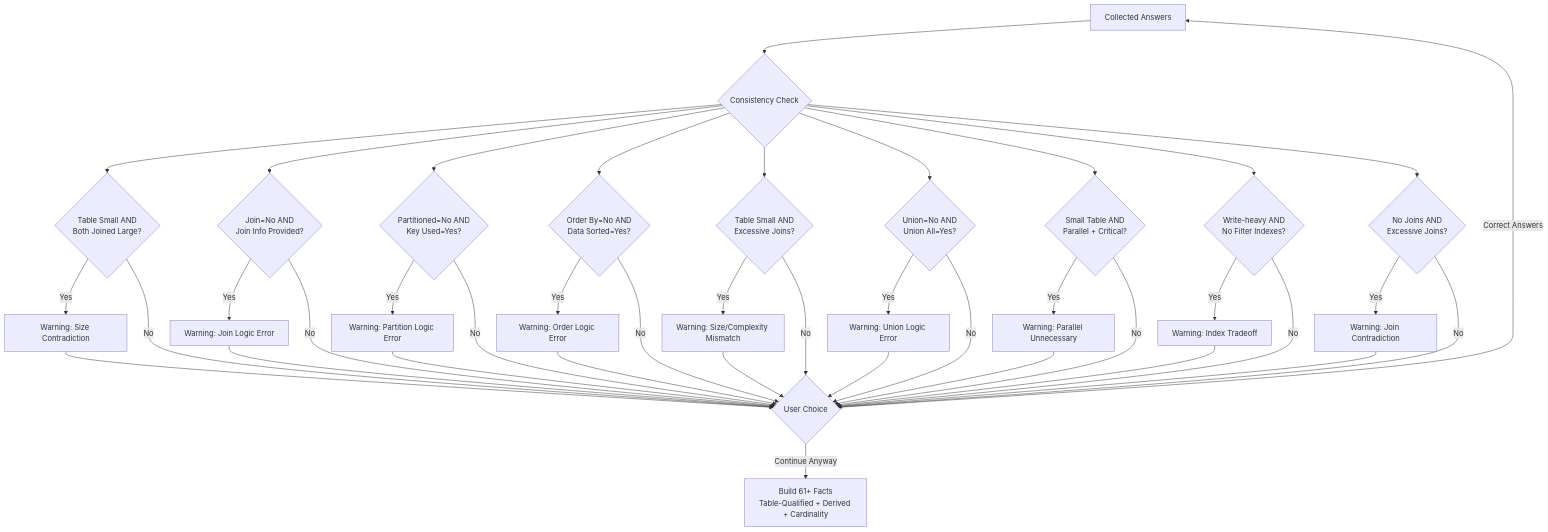
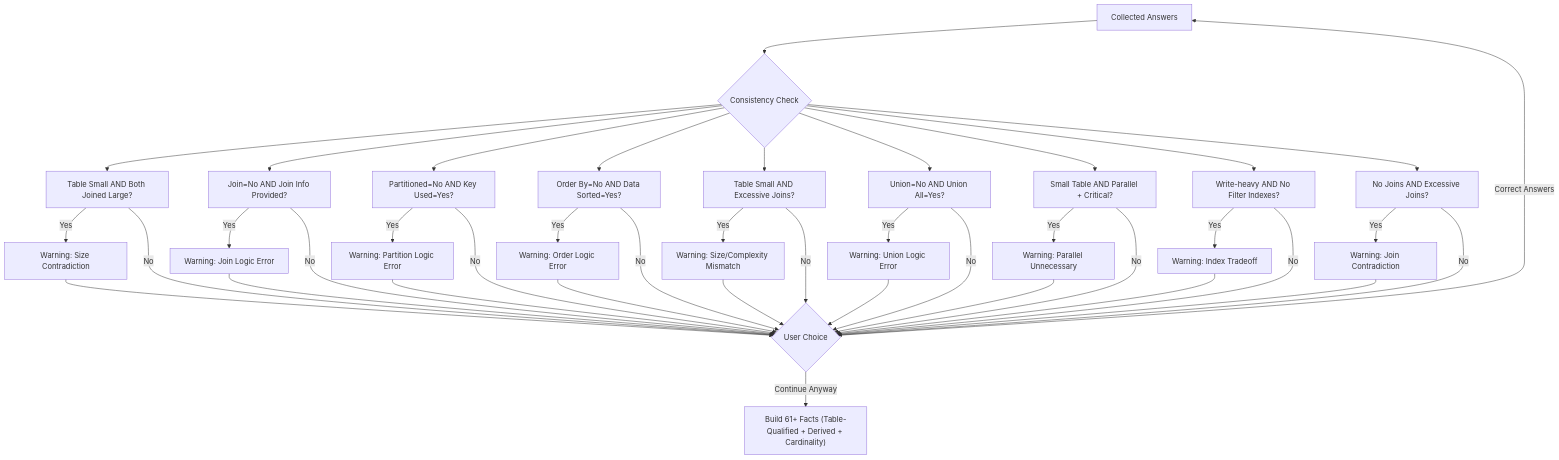
The third of 5 diagrams in docs/diagrams.md (fourth-year-team/Expert-System-Query-Optimizer-Project), drawn with Mermaid before and after one commit. The commit also changed other lines of this file and 3 other files, not shown here.

````diff
--- a/docs/diagrams.md
+++ b/docs/diagrams.md
@@ -83,55 +83,55 @@
 ```mermaid
 flowchart TD
-    A[Collected Answers] --> B{Consistency Check}
+    A["Collected Answers"] --> B{"Consistency Check"}
     
-    B --> C1{Table Small AND<br/>Both Joined Large?}
-    C1 -->|Yes| W1[Warning: Size Contradiction]
+    B --> C1["Table Small AND Both Joined Large?"]
+    C1 -->|Yes| W1["Warning: Size Contradiction"]
     
-    B --> C2{Join=No AND<br/>Join Info Provided?}
-    C2 -->|Yes| W2[Warning: Join Logic Error]
+    B --> C2["Join=No AND Join Info Provided?"]
+    C2 -->|Yes| W2["Warning: Join Logic Error"]
     
-    B --> C3{Partitioned=No AND<br/>Key Used=Yes?}
-    C3 -->|Yes| W3[Warning: Partition Logic Error]
+    B --> C3["Partitioned=No AND Key Used=Yes?"]
+    C3 -->|Yes| W3["Warning: Partition Logic Error"]
     
-    B --> C4{Order By=No AND<br/>Data Sorted=Yes?}
-    C4 -->|Yes| W4[Warning: Order Logic Error]
+    B --> C4["Order By=No AND Data Sorted=Yes?"]
+    C4 -->|Yes| W4["Warning: Order Logic Error"]
     
-    B --> C5{Table Small AND<br/>Excessive Joins?}
-    C5 -->|Yes| W5[Warning: Size/Complexity Mismatch]
+    B --> C5["Table Small AND Excessive Joins?"]
+    C5 -->|Yes| W5["Warning: Size/Complexity Mismatch"]
     
-    B --> C6{Union=No AND<br/>Union All=Yes?}
-    C6 -->|Yes| W6[Warning: Union Logic Error]
+    B --> C6["Union=No AND Union All=Yes?"]
+    C6 -->|Yes| W6["Warning: Union Logic Error"]
     
-    B --> C7{Small Table AND<br/>Parallel + Critical?}
-    C7 -->|Yes| W7[Warning: Parallel Unnecessary]
+    B --> C7["Small Table AND Parallel + Critical?"]
+    C7 -->|Yes| W7["Warning: Parallel Unnecessary"]
     
-    B --> C8{Write-heavy AND<br/>No Filter Indexes?}
-    C8 -->|Yes| W8[Warning: Index Tradeoff]
+    B --> C8["Write-heavy AND No Filter Indexes?"]
+    C8 -->|Yes| W8["Warning: Index Tradeoff"]
     
-    B --> C9{No Joins AND<br/>Excessive Joins?}
-    C9 -->|Yes| W9[Warning: Join Contradiction]
+    B --> C9["No Joins AND Excessive Joins?"]
+    C9 -->|Yes| W9["Warning: Join Contradiction"]
     
     W1 --> Choice
     W2 --> Choice
     W3 --> Choice
     W4 --> Choice
     W5 --> Choice
     W6 --> Choice
     W7 --> Choice
     W8 --> Choice
     W9 --> Choice
     
     C1 -->|No| Choice
     C2 -->|No| Choice
     C3 -->|No| Choice
     C4 -->|No| Choice
     C5 -->|No| Choice
     C6 -->|No| Choice
     C7 -->|No| Choice
     C8 -->|No| Choice
     C9 -->|No| Choice
     
-    Choice{User Choice}
-    Choice -->|Correct Answers| A
-    Choice -->|Continue Anyway| FB[Build 61+ Facts<br/>Table-Qualified + Derived + Cardinality]
+    Choice{"User Choice"}
+    Choice -->|"Correct Answers"| A
+    Choice -->|"Continue Anyway"| FB["Build 61+ Facts (Table-Qualified + Derived + Cardinality)"]
 ```
````
